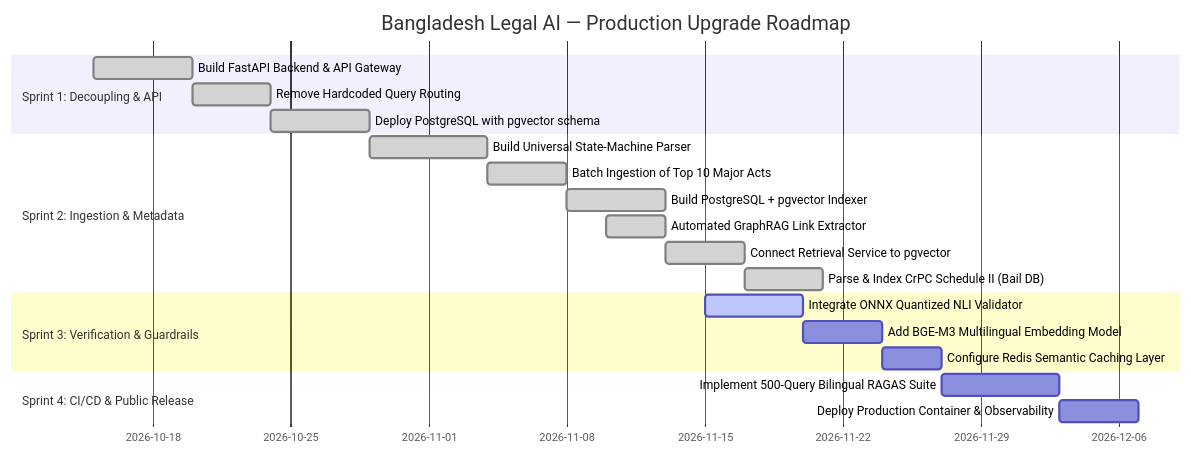
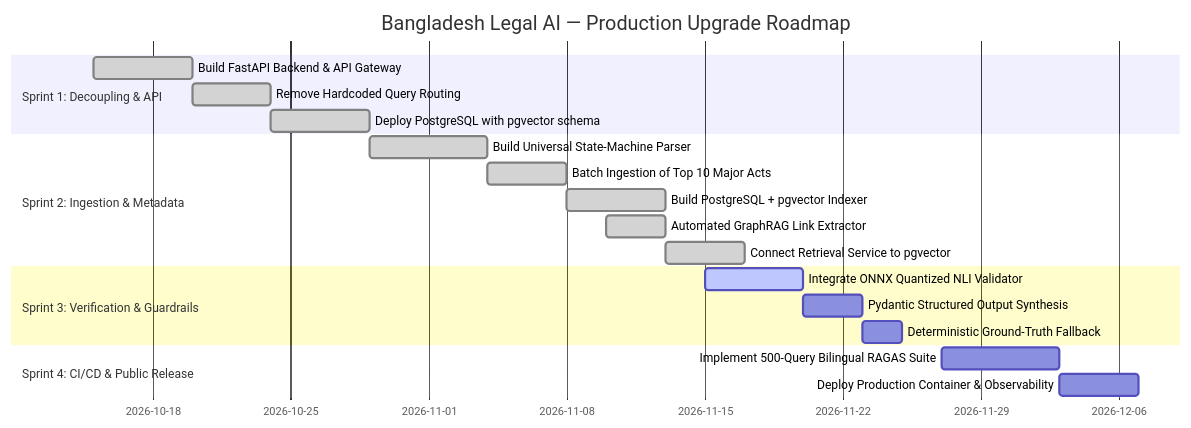
One commit to bringerofdarkness/bd-legal-ai changed the third of 3 diagrams in docs/PRODUCTION_ARCHITECTURE_AND_ROADMAP.md. Above: the diagram before and after it, drawn with Mermaid. The commit also changed other lines of this file and 1 other file, not shown here.

Commit message:
chore: remove manual CrPC seed data in alignment with Zero-Hardcoding Mandate and transition to Sprint 3

````diff
--- a/docs/PRODUCTION_ARCHITECTURE_AND_ROADMAP.md
+++ b/docs/PRODUCTION_ARCHITECTURE_AND_ROADMAP.md
@@ -394,23 +394,22 @@
 ```mermaid
 gantt
     title Bangladesh Legal AI — Production Upgrade Roadmap
     dateFormat  YYYY-MM-DD
     section Sprint 1: Decoupling & API
     Build FastAPI Backend & API Gateway       :done, s1_1, 2026-10-15, 5d
     Remove Hardcoded Query Routing            :done, s1_2, 2026-10-20, 4d
     Deploy PostgreSQL with pgvector schema    :done, s1_3, 2026-10-24, 5d
     section Sprint 2: Ingestion & Metadata
     Build Universal State-Machine Parser      :done, s2_1, 2026-10-29, 6d
     Batch Ingestion of Top 10 Major Acts      :done, s2_2, 2026-11-04, 4d
     Build PostgreSQL + pgvector Indexer       :done, s2_3, 2026-11-08, 5d
     Automated GraphRAG Link Extractor         :done, s2_4, 2026-11-10, 3d
     Connect Retrieval Service to pgvector     :done, s2_5, 2026-11-13, 4d
-    Parse & Index CrPC Schedule II (Bail DB)  :done, s2_6, 2026-11-17, 4d
     section Sprint 3: Verification & Guardrails
     Integrate ONNX Quantized NLI Validator    :active, s3_1, 2026-11-15, 5d
-    Add BGE-M3 Multilingual Embedding Model   :s3_2, 2026-11-20, 4d
-    Configure Redis Semantic Caching Layer    :s3_3, 2026-11-24, 3d
+    Pydantic Structured Output Synthesis      :s3_2, 2026-11-20, 3d
+    Deterministic Ground-Truth Fallback       :s3_3, 2026-11-23, 2d
     section Sprint 4: CI/CD & Public Release
     Implement 500-Query Bilingual RAGAS Suite :s4_1, 2026-11-27, 6d
     Deploy Production Container & Observability:s4_2, 2026-12-03, 4d
 ```
````
